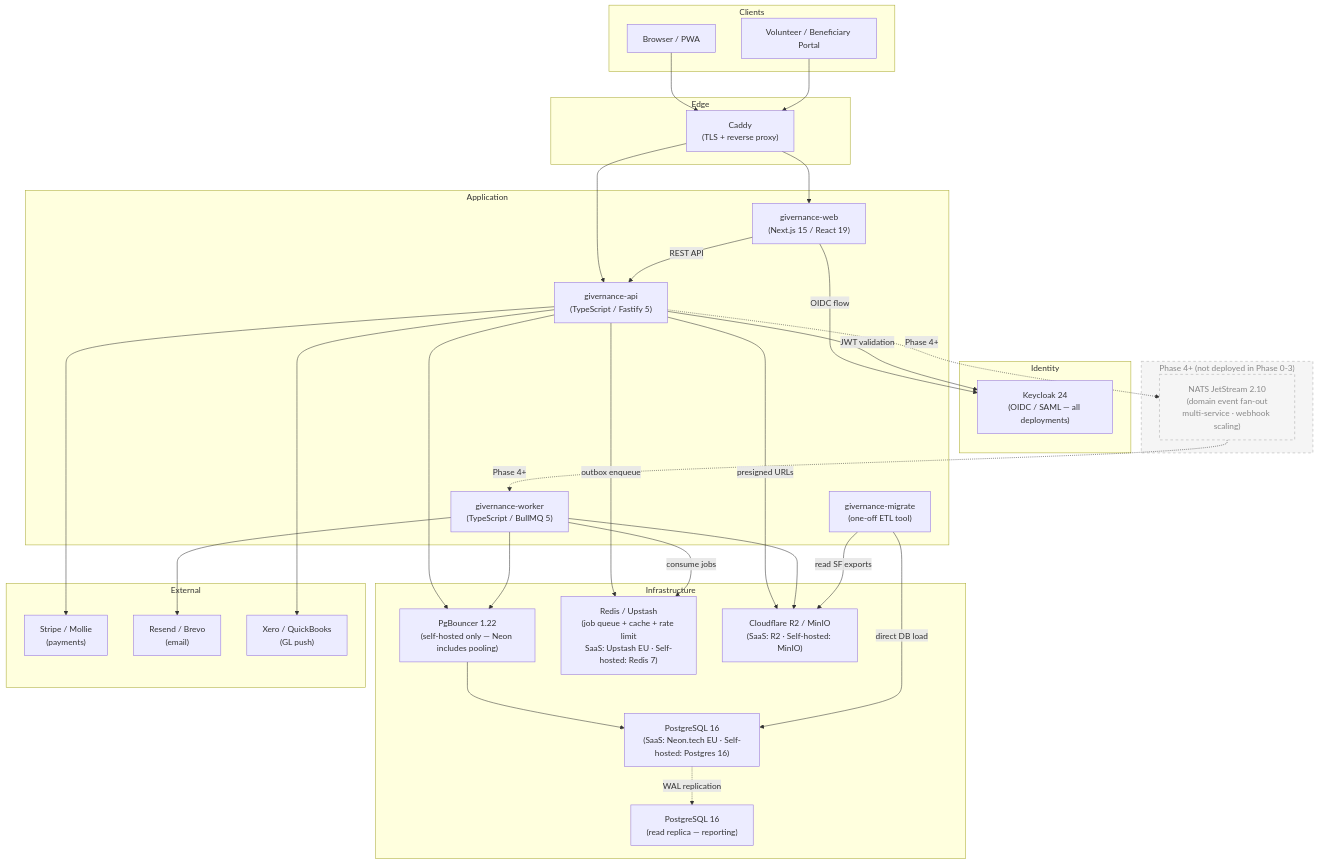
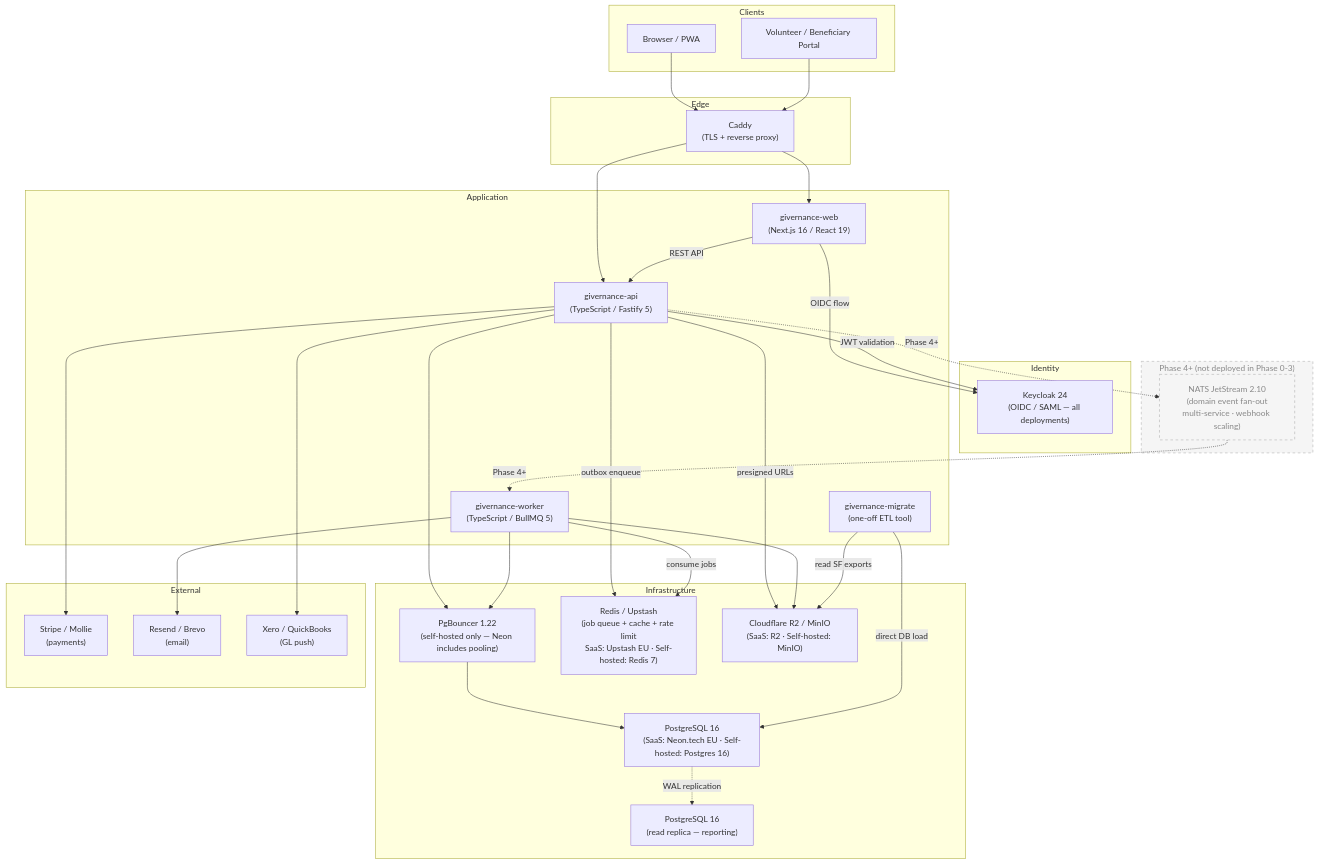
One commit to purposestack/givernance changed the diagram in diagrams/container.mmd. Above: the diagram before and after it, drawn with Mermaid. The commit also changed 18 other files, not shown here.

```diff
--- a/diagrams/container.mmd
+++ b/diagrams/container.mmd
@@ -1,70 +1,70 @@
 flowchart TB
   subgraph Clients
     Browser["Browser / PWA"]
     VolPortal["Volunteer / Beneficiary Portal"]
   end
 
   subgraph Edge
     Caddy["Caddy\n(TLS + reverse proxy)"]
   end
 
   subgraph Application
-    Web["givernance-web\n(Next.js 15 / React 19)"]
+    Web["givernance-web\n(Next.js 16 / React 19)"]
     API["givernance-api\n(TypeScript / Fastify 5)"]
     Worker["givernance-worker\n(TypeScript / BullMQ 5)"]
     Migrate["givernance-migrate\n(one-off ETL tool)"]
   end
 
   subgraph Infrastructure
     PG["PostgreSQL 16\n(SaaS: Neon.tech EU · Self-hosted: Postgres 16)"]
     PgBouncer["PgBouncer 1.22\n(self-hosted only — Neon includes pooling)"]
     PGReplica["PostgreSQL 16\n(read replica — reporting)"]
     Redis["Redis / Upstash\n(job queue + cache + rate limit\nSaaS: Upstash EU · Self-hosted: Redis 7)"]
     Storage["Cloudflare R2 / MinIO\n(SaaS: R2 · Self-hosted: MinIO)"]
   end
 
   subgraph Identity
     Keycloak["Keycloak 24\n(OIDC / SAML — all deployments)"]
   end
 
   subgraph Phase4["Phase 4+ (not deployed in Phase 0-3)"]
     NATS["NATS JetStream 2.10\n(domain event fan-out\nmulti-service · webhook scaling)"]
   end
 
   subgraph External
     Stripe["Stripe / Mollie\n(payments)"]
     Email["Resend / Brevo\n(email)"]
     Accounting["Xero / QuickBooks\n(GL push)"]
   end
 
   Browser --> Caddy
   VolPortal --> Caddy
   Caddy --> Web
   Caddy --> API
 
   Web -->|REST API| API
   Web -->|OIDC flow| Keycloak
 
   API --> PgBouncer
   PgBouncer --> PG
   PG -.->|WAL replication| PGReplica
   API -->|outbox enqueue| Redis
   API -->|presigned URLs| Storage
   API -->|JWT validation| Keycloak
   API --> Stripe
   API --> Accounting
 
   Worker -->|consume jobs| Redis
   Worker --> PgBouncer
   Worker --> Storage
   Worker --> Email
 
   Migrate -->|direct DB load| PG
   Migrate -->|read SF exports| Storage
 
   API -.->|Phase 4+| NATS
   NATS -.->|Phase 4+| Worker
 
   classDef phased fill:#f5f5f5,stroke:#aaa,stroke-dasharray:5 5,color:#888
   class NATS phased
   class Phase4 phased
```
